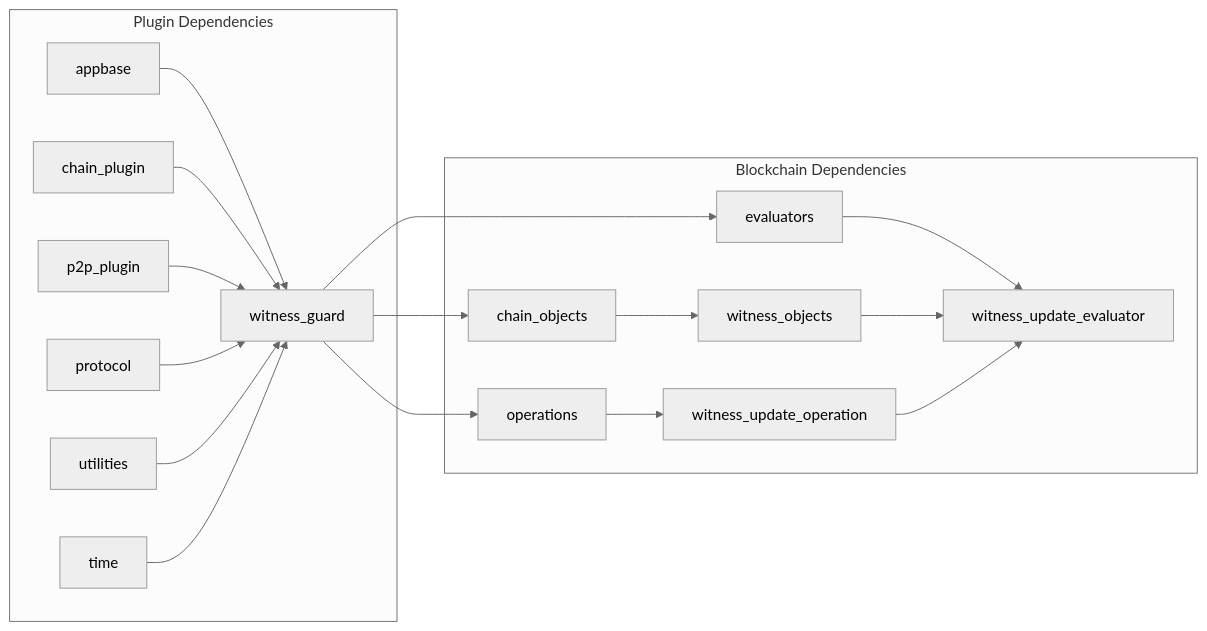
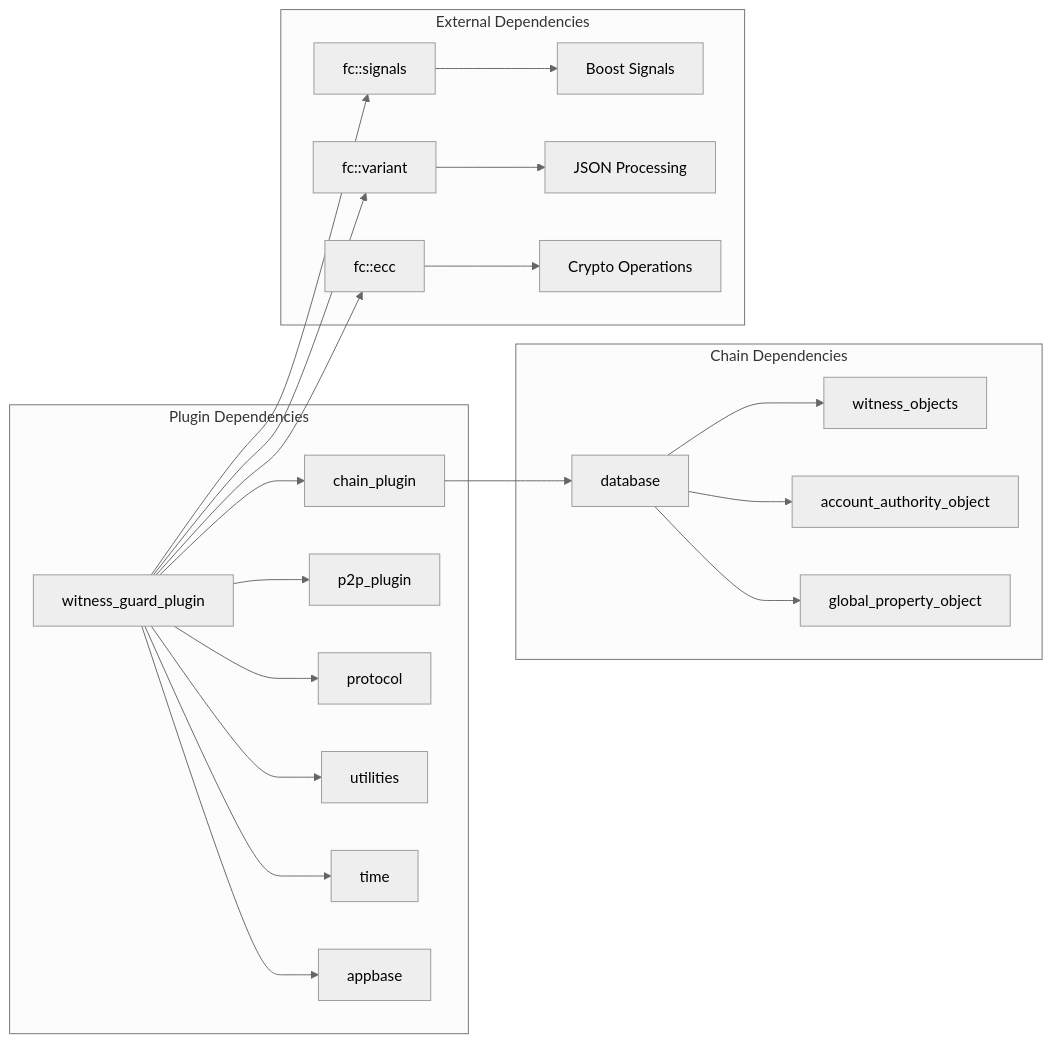
Before and after one commit to VIZ-Blockchain/viz-cpp-node: the fourth of 4 diagrams in .qoder/repowiki/en/content/Plugin System/Witness Guard Plugin.md, drawn with Mermaid (neutral theme). The commit also changed other lines of this file and 4 other files, not shown here.

````diff
--- a/.qoder/repowiki/en/content/Plugin System/Witness Guard Plugin.md
+++ b/.qoder/repowiki/en/content/Plugin System/Witness Guard Plugin.md
@@ -261,21 +257,25 @@
 ```mermaid
 graph LR
 subgraph "Plugin Dependencies"
-A[appbase] --> B[witness_guard]
-C[chain_plugin] --> B
-D[p2p_plugin] --> B
-E[protocol] --> B
-F[utilities] --> B
-G[time] --> B
+A[witness_guard_plugin] --> B[chain_plugin]
+A --> C[p2p_plugin]
+A --> D[protocol]
+A --> E[utilities]
+A --> F[time]
+A --> G[appbase]
 end
-subgraph "Blockchain Dependencies"
-H[chain_objects] --> I[witness_objects]
-J[operations] --> K[witness_update_operation]
-L[evaluators] --> M[witness_update_evaluator]
+subgraph "Chain Dependencies"
+B --> H[database]
+H --> I[witness_objects]
+H --> J[account_authority_object]
+H --> K[global_property_object]
 end
-B --> H
-B --> J
-B --> L
-I --> M
-K --> M
+subgraph "External Dependencies"
+L[fc::signals] --> M[Boost Signals]
+N[fc::variant] --> O[JSON Processing]
+P[fc::ecc] --> Q[Crypto Operations]
+end
+A --> L
+A --> N
+A --> P
 ```
````
